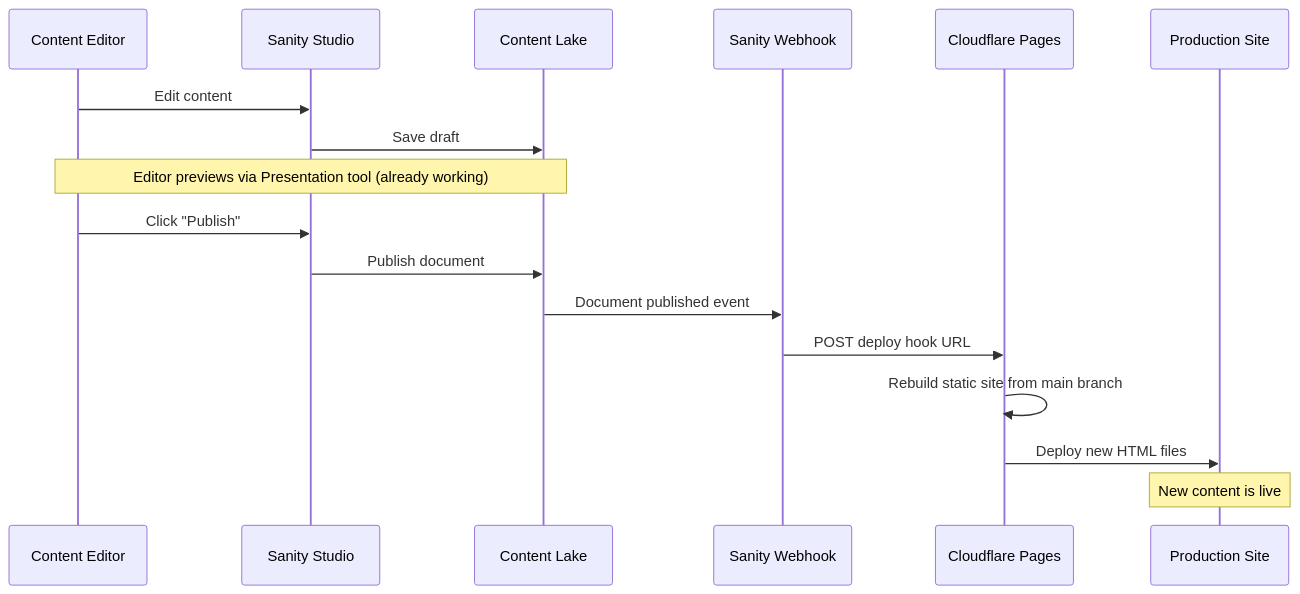
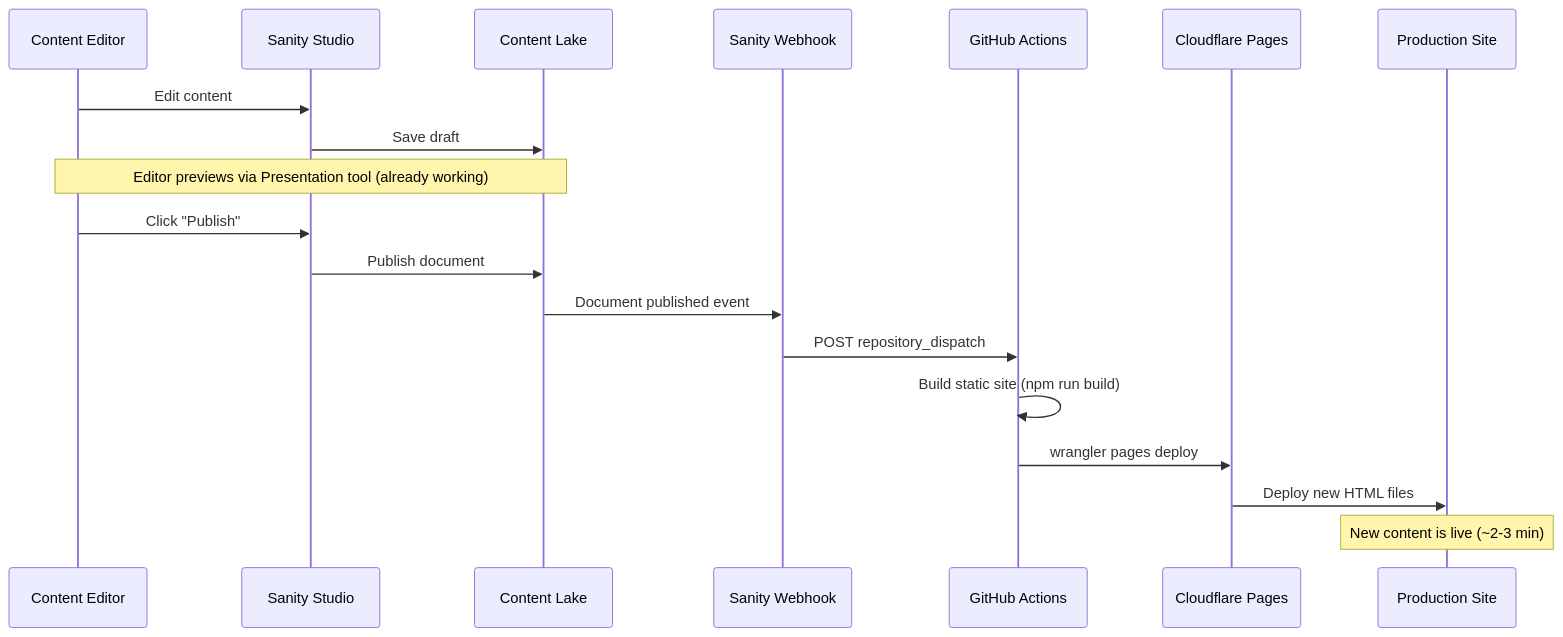
One commit to gsinghjay/astro-shadcn-sanity changed the seventh of 7 diagrams in docs/team/how-preview-and-publish-works.md. Above: the diagram before and after it, drawn with Mermaid. The commit also changed other lines of this file and 7 other files, not shown here.

````diff
--- a/docs/team/how-preview-and-publish-works.md
+++ b/docs/team/how-preview-and-publish-works.md
@@ -336,21 +339,23 @@
 ```mermaid
 sequenceDiagram
     participant Editor as Content Editor
     participant Studio as Sanity Studio
     participant CL as Content Lake
     participant Webhook as Sanity Webhook
+    participant GH as GitHub Actions
     participant CF as Cloudflare Pages
     participant Prod as Production Site
 
     Editor->>Studio: Edit content
     Studio->>CL: Save draft
     Note over Editor,CL: Editor previews via Presentation tool (already working)
 
     Editor->>Studio: Click "Publish"
     Studio->>CL: Publish document
     CL->>Webhook: Document published event
-    Webhook->>CF: POST deploy hook URL
-    CF->>CF: Rebuild static site from main branch
+    Webhook->>GH: POST repository_dispatch
+    GH->>GH: Build static site (npm run build)
+    GH->>CF: wrangler pages deploy
     CF->>Prod: Deploy new HTML files
-    Note over Prod: New content is live
+    Note over Prod: New content is live (~2-3 min)
 ```
````
